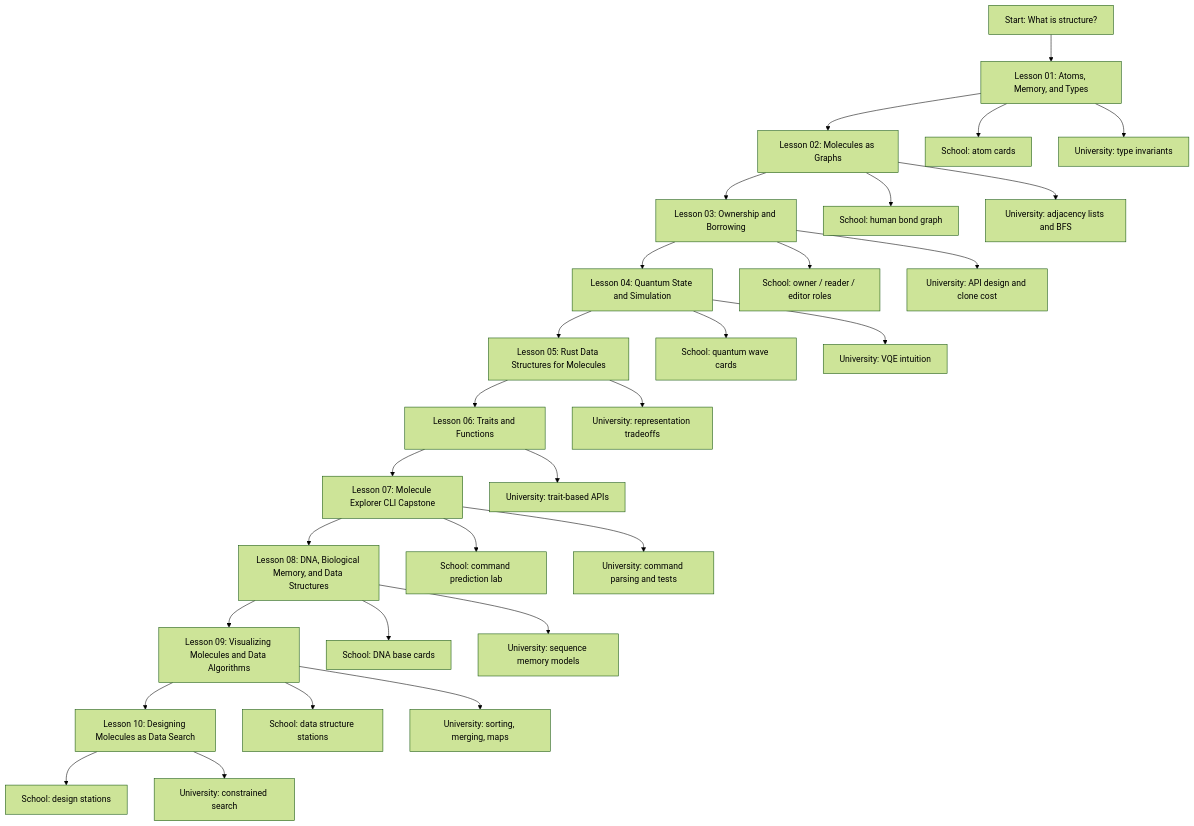
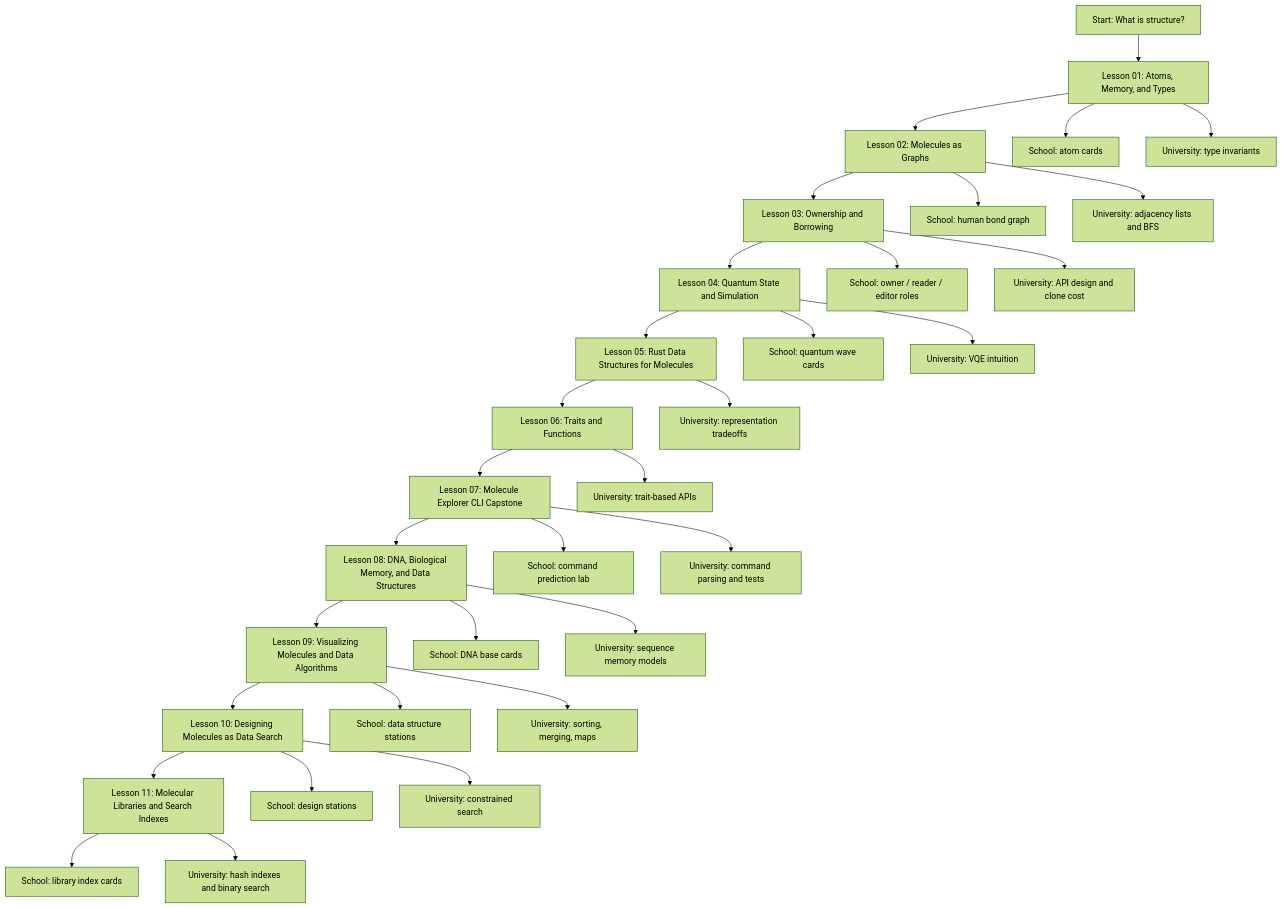
One commit to shastaratech/bio-memory-rust-lab changed the diagram in visuals/mermaid/course-map.md. Above: the diagram before and after it, drawn with Mermaid (forest theme). The commit also changed 21 other files, not shown here.

Commit message:
feat: add molecular library indexing lesson

````diff
--- a/visuals/mermaid/course-map.md
+++ b/visuals/mermaid/course-map.md
@@ -9,33 +9,36 @@
 ```mermaid
 flowchart TD
     A["Start: What is structure?"] --> B["Lesson 01: Atoms, Memory, and Types"]
     B --> C["Lesson 02: Molecules as Graphs"]
     C --> D["Lesson 03: Ownership and Borrowing"]
     D --> E["Lesson 04: Quantum State and Simulation"]
     E --> F["Lesson 05: Rust Data Structures for Molecules"]
     F --> G["Lesson 06: Traits and Functions"]
     G --> H["Lesson 07: Molecule Explorer CLI Capstone"]
     H --> I["Lesson 08: DNA, Biological Memory, and Data Structures"]
     I --> J["Lesson 09: Visualizing Molecules and Data Algorithms"]
     J --> K["Lesson 10: Designing Molecules as Data Search"]
+    K --> L["Lesson 11: Molecular Libraries and Search Indexes"]
 
     B --> S1["School: atom cards"]
     C --> S2["School: human bond graph"]
     D --> S3["School: owner / reader / editor roles"]
     E --> S4["School: quantum wave cards"]
     H --> S7["School: command prediction lab"]
     I --> S8["School: DNA base cards"]
     J --> S9["School: data structure stations"]
     K --> S10["School: design stations"]
+    L --> S11["School: library index cards"]
 
     B --> U1["University: type invariants"]
     C --> U2["University: adjacency lists and BFS"]
     D --> U3["University: API design and clone cost"]
     E --> U4["University: VQE intuition"]
     F --> U5["University: representation tradeoffs"]
     G --> U6["University: trait-based APIs"]
     H --> U7["University: command parsing and tests"]
     I --> U8["University: sequence memory models"]
     J --> U9["University: sorting, merging, maps"]
     K --> U10["University: constrained search"]
+    L --> U11["University: hash indexes and binary search"]
 ```
````
